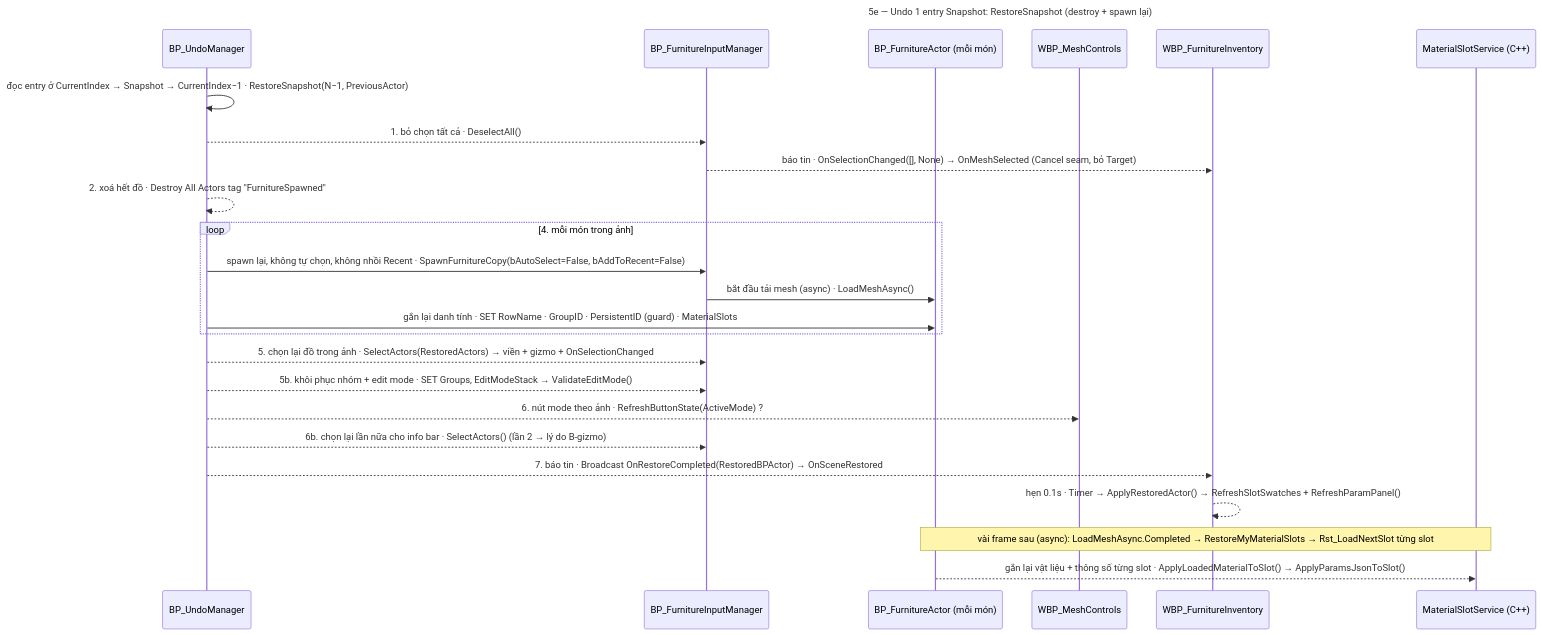
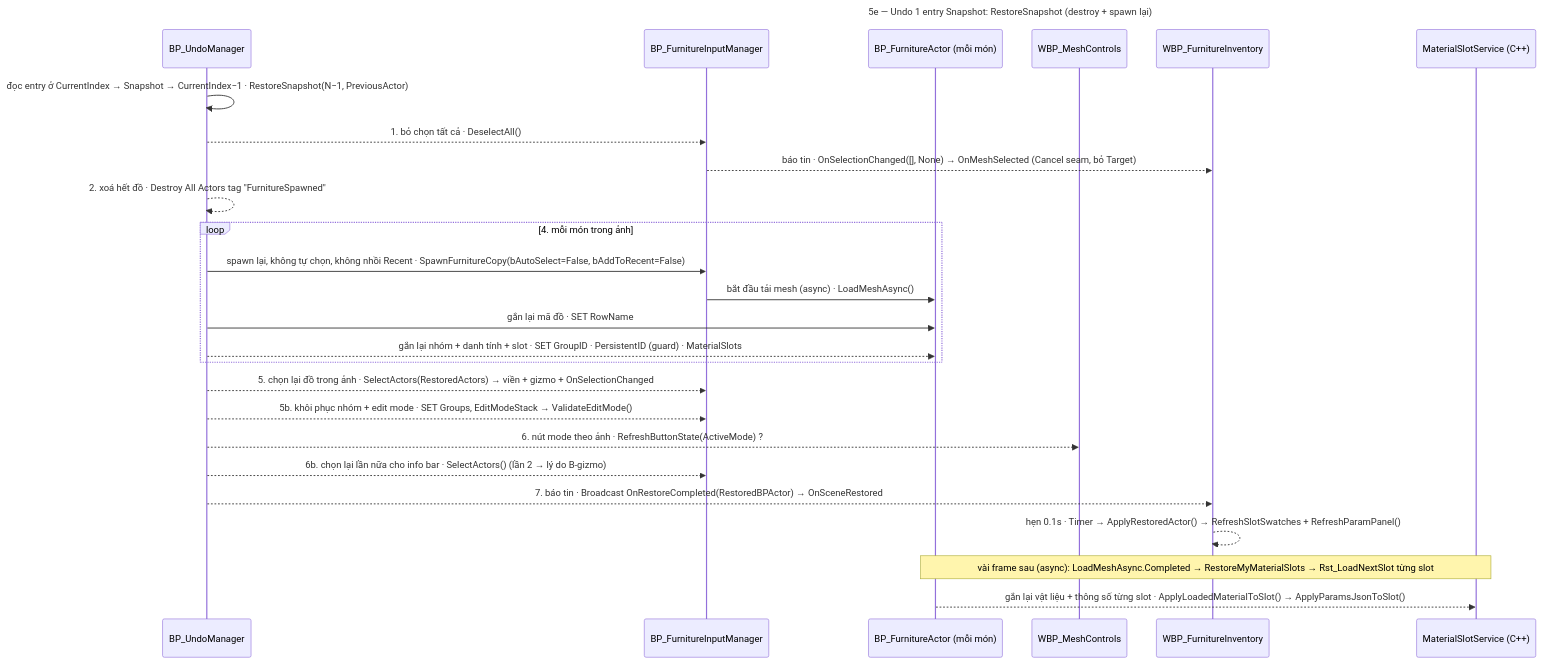
One commit to olivercu04/UE5_InteriorTool_Docs changed diagram 11 of 26 in docs/00_Core/Architecture_Map.md. Above: the diagram before and after it, drawn with Mermaid. The commit also changed other lines of this file and 125 other files, not shown here.

````diff
--- a/docs/00_Core/Architecture_Map.md
+++ b/docs/00_Core/Architecture_Map.md
@@ -937,29 +996,30 @@
 ```mermaid
 ---
 title: "5e — Undo 1 entry Snapshot: RestoreSnapshot (destroy + spawn lại)"
 ---
 sequenceDiagram
   participant UM as BP_UndoManager
   participant IM as BP_FurnitureInputManager
   participant FA as BP_FurnitureActor (mỗi món)
   participant MC as WBP_MeshControls
   participant INV as WBP_FurnitureInventory
   participant MSS as MaterialSlotService (C++)
   UM->>UM: đọc entry ở CurrentIndex → Snapshot → CurrentIndex−1 · RestoreSnapshot(N−1, PreviousActor)
   UM-->>IM: 1. bỏ chọn tất cả · DeselectAll()
   IM-->>INV: báo tin · OnSelectionChanged([], None) → OnMeshSelected (Cancel seam, bỏ Target)
   UM-->>UM: 2. xoá hết đồ · Destroy All Actors tag "FurnitureSpawned"
   loop 4. mỗi món trong ảnh
     UM->>IM: spawn lại, không tự chọn, không nhồi Recent · SpawnFurnitureCopy(bAutoSelect=False, bAddToRecent=False)
     IM->>FA: bắt đầu tải mesh (async) · LoadMeshAsync()
-    UM->>FA: gắn lại danh tính · SET RowName · GroupID · PersistentID (guard) · MaterialSlots
+    UM->>FA: gắn lại mã đồ · SET RowName
+    UM-->>FA: gắn lại nhóm + danh tính + slot · SET GroupID · PersistentID (guard) · MaterialSlots
   end
   UM-->>IM: 5. chọn lại đồ trong ảnh · SelectActors(RestoredActors) → viền + gizmo + OnSelectionChanged
   UM-->>IM: 5b. khôi phục nhóm + edit mode · SET Groups, EditModeStack → ValidateEditMode()
   UM-->>MC: 6. nút mode theo ảnh · RefreshButtonState(ActiveMode) ?
   UM-->>IM: 6b. chọn lại lần nữa cho info bar · SelectActors() (lần 2 → lý do B-gizmo)
   UM-->>INV: 7. báo tin · Broadcast OnRestoreCompleted(RestoredBPActor) → OnSceneRestored
   INV-->>INV: hẹn 0.1s · Timer → ApplyRestoredActor() → RefreshSlotSwatches + RefreshParamPanel()
   Note over FA,MSS: vài frame sau (async): LoadMeshAsync.Completed → RestoreMyMaterialSlots → Rst_LoadNextSlot từng slot
   FA-->>MSS: gắn lại vật liệu + thông số từng slot · ApplyLoadedMaterialToSlot() → ApplyParamsJsonToSlot()
 ```
````
